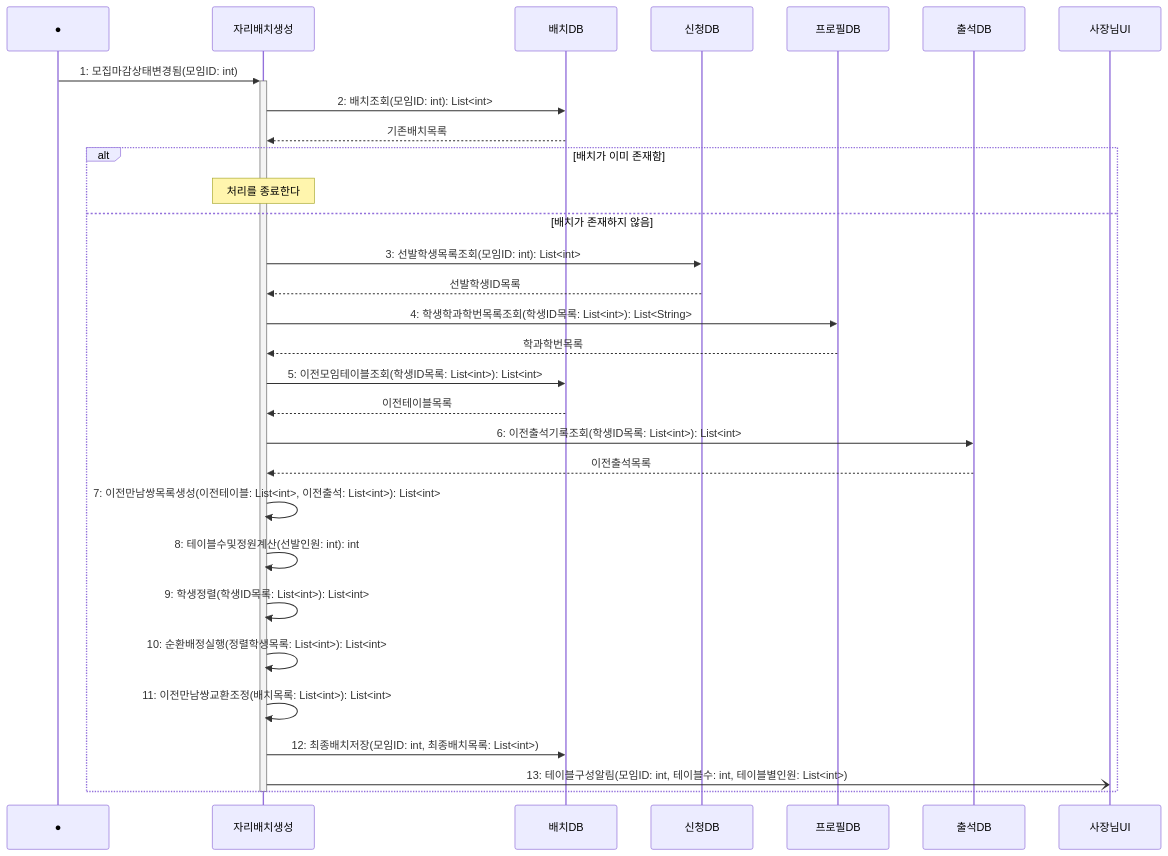
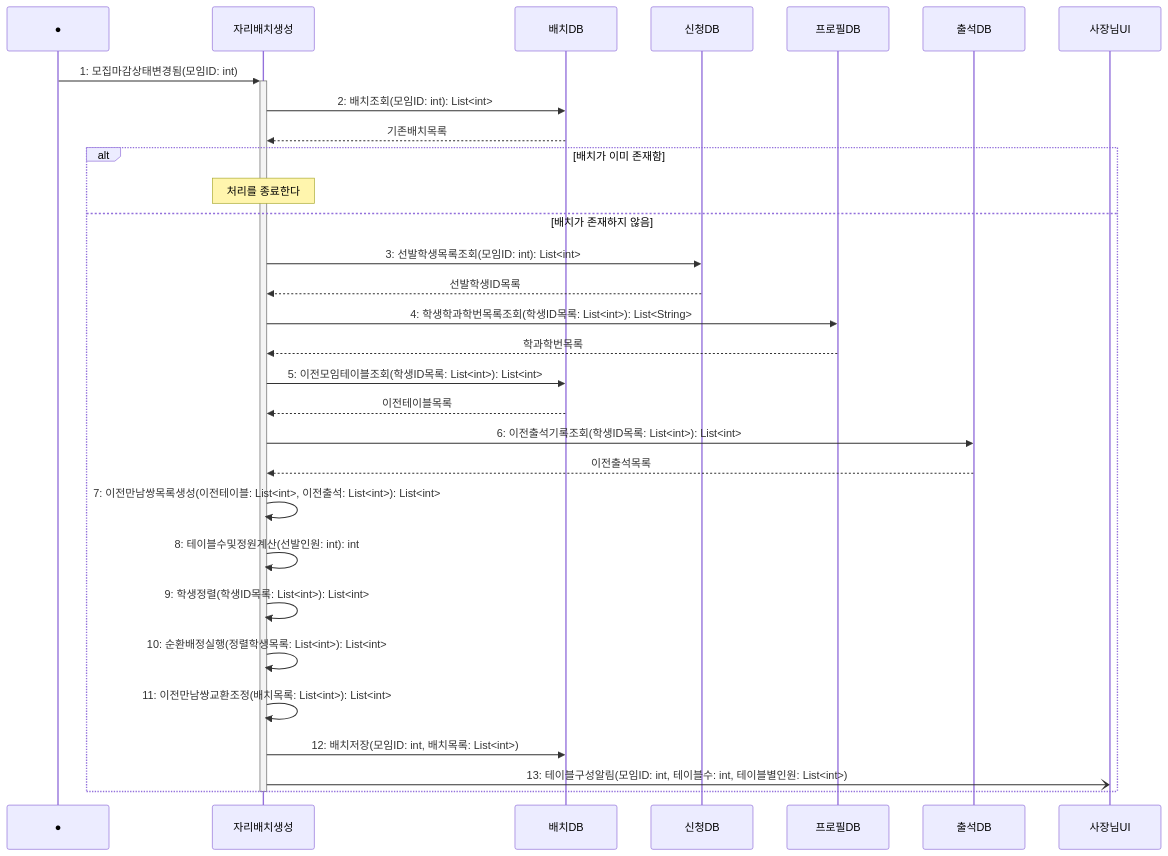
The diagram in sequence/seq-04-2.md (hojae3/sw-engineering-16), drawn with Mermaid before and after one commit. The commit also changed other lines of this file and 17 other files, not shown here.

First line of the commit message:
[seq/class] 4-2 배치저장 분리, 테이블목록조회 배치DB 이동, 사용처 보완

````diff
--- a/sequence/seq-04-2.md
+++ b/sequence/seq-04-2.md
@@ -25,35 +25,35 @@
 ```mermaid
 sequenceDiagram
     participant Found as ●
     participant 배치 as 자리배치생성
     participant 배치DB as 배치DB
     participant 신청DB as 신청DB
     participant 프로필DB as 프로필DB
     participant 출석DB as 출석DB
     participant 사장님UI as 사장님UI
 
     Found->>+배치: 1: 모집마감상태변경됨(모임ID: int)
     배치->>배치DB: 2: 배치조회(모임ID: int): List<int>
     배치DB-->>배치: 기존배치목록
 
     alt 배치가 이미 존재함
         Note over 배치: 처리를 종료한다
     else 배치가 존재하지 않음
         배치->>신청DB: 3: 선발학생목록조회(모임ID: int): List<int>
         신청DB-->>배치: 선발학생ID목록
         배치->>프로필DB: 4: 학생학과학번목록조회(학생ID목록: List<int>): List<String>
         프로필DB-->>배치: 학과학번목록
         배치->>배치DB: 5: 이전모임테이블조회(학생ID목록: List<int>): List<int>
         배치DB-->>배치: 이전테이블목록
         배치->>출석DB: 6: 이전출석기록조회(학생ID목록: List<int>): List<int>
         출석DB-->>배치: 이전출석목록
         배치->>배치: 7: 이전만남쌍목록생성(이전테이블: List<int>, 이전출석: List<int>): List<int>
         배치->>배치: 8: 테이블수및정원계산(선발인원: int): int
         배치->>배치: 9: 학생정렬(학생ID목록: List<int>): List<int>
         배치->>배치: 10: 순환배정실행(정렬학생목록: List<int>): List<int>
         배치->>배치: 11: 이전만남쌍교환조정(배치목록: List<int>): List<int>
-        배치->>배치DB: 12: 최종배치저장(모임ID: int, 최종배치목록: List<int>)
+        배치->>배치DB: 12: 배치저장(모임ID: int, 배치목록: List<int>)
         배치-)사장님UI: 13: 테이블구성알림(모임ID: int, 테이블수: int, 테이블별인원: List<int>)
     end
     deactivate 배치
 ```
````
